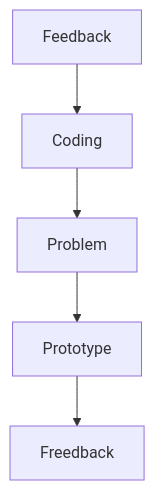
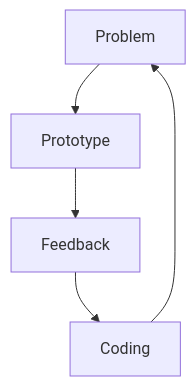
Before and after one commit to alex-mccombie/resume_readme: the diagram in README.md, drawn with Mermaid.

````diff
--- a/README.md
+++ b/README.md
@@ -276,7 +276,7 @@
 ```mermaid
   graph TD;
       Problem-->Prototype;
-      Prototype-->Freedback;
+      Prototype-->Feedback;
       Feedback-->Coding;
       Coding-->Problem;
 ```
````
